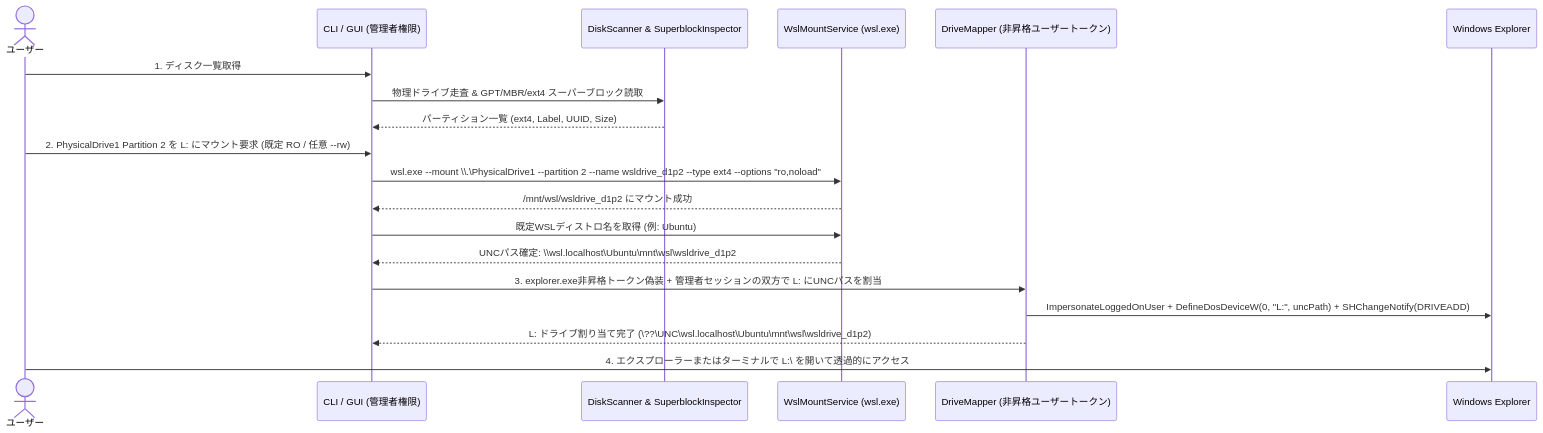
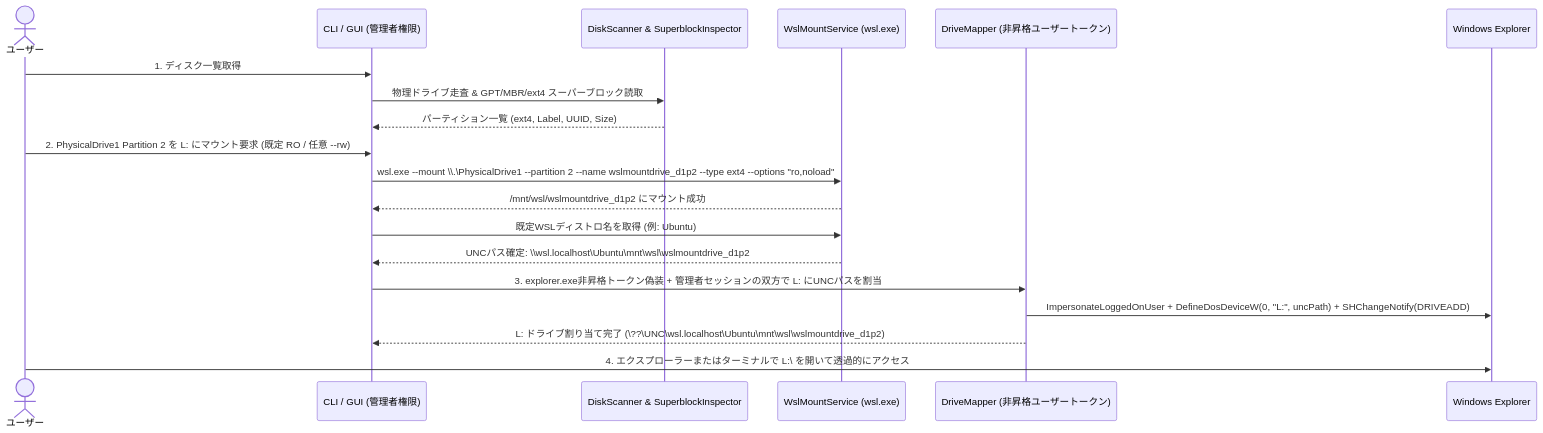
Before and after one commit to totatake/WslDrive: the second of 2 diagrams in docs/architecture.md, drawn with Mermaid. The commit also changed other lines of this file and 85 other files, not shown here.

Commit message:
Rename project from WslDrive to WslMountDrive

````diff
--- a/docs/architecture.md
+++ b/docs/architecture.md
@@ -104,26 +104,26 @@
 ```mermaid
 sequenceDiagram
     actor User as ユーザー
     participant UI as CLI / GUI (管理者権限)
     participant Scanner as DiskScanner & SuperblockInspector
     participant Wsl as WslMountService (wsl.exe)
     participant Mapper as DriveMapper (非昇格ユーザートークン)
     participant Exp as Windows Explorer
 
     User->>UI: 1. ディスク一覧取得
     UI->>Scanner: 物理ドライブ走査 & GPT/MBR/ext4 スーパーブロック読取
     Scanner-->>UI: パーティション一覧 (ext4, Label, UUID, Size)
 
     User->>UI: 2. PhysicalDrive1 Partition 2 を L: にマウント要求 (既定 RO / 任意 --rw)
-    UI->>Wsl: wsl.exe --mount \\.\PhysicalDrive1 --partition 2 --name wsldrive_d1p2 --type ext4 --options "ro,noload"
-    Wsl-->>UI: /mnt/wsl/wsldrive_d1p2 にマウント成功
+    UI->>Wsl: wsl.exe --mount \\.\PhysicalDrive1 --partition 2 --name wslmountdrive_d1p2 --type ext4 --options "ro,noload"
+    Wsl-->>UI: /mnt/wsl/wslmountdrive_d1p2 にマウント成功
 
     UI->>Wsl: 既定WSLディストロ名を取得 (例: Ubuntu)
-    Wsl-->>UI: UNCパス確定: \\wsl.localhost\Ubuntu\mnt\wsl\wsldrive_d1p2
+    Wsl-->>UI: UNCパス確定: \\wsl.localhost\Ubuntu\mnt\wsl\wslmountdrive_d1p2
 
     UI->>Mapper: 3. explorer.exe非昇格トークン偽装 + 管理者セッションの双方で L: にUNCパスを割当
     Mapper->>Exp: ImpersonateLoggedOnUser + DefineDosDeviceW(0, "L:", uncPath) + SHChangeNotify(DRIVEADD)
-    Mapper-->>UI: L: ドライブ割り当て完了 (\??\UNC\wsl.localhost\Ubuntu\mnt\wsl\wsldrive_d1p2)
+    Mapper-->>UI: L: ドライブ割り当て完了 (\??\UNC\wsl.localhost\Ubuntu\mnt\wsl\wslmountdrive_d1p2)
 
     User->>Exp: 4. エクスプローラーまたはターミナルで L:\ を開いて透過的にアクセス
 ```
````
